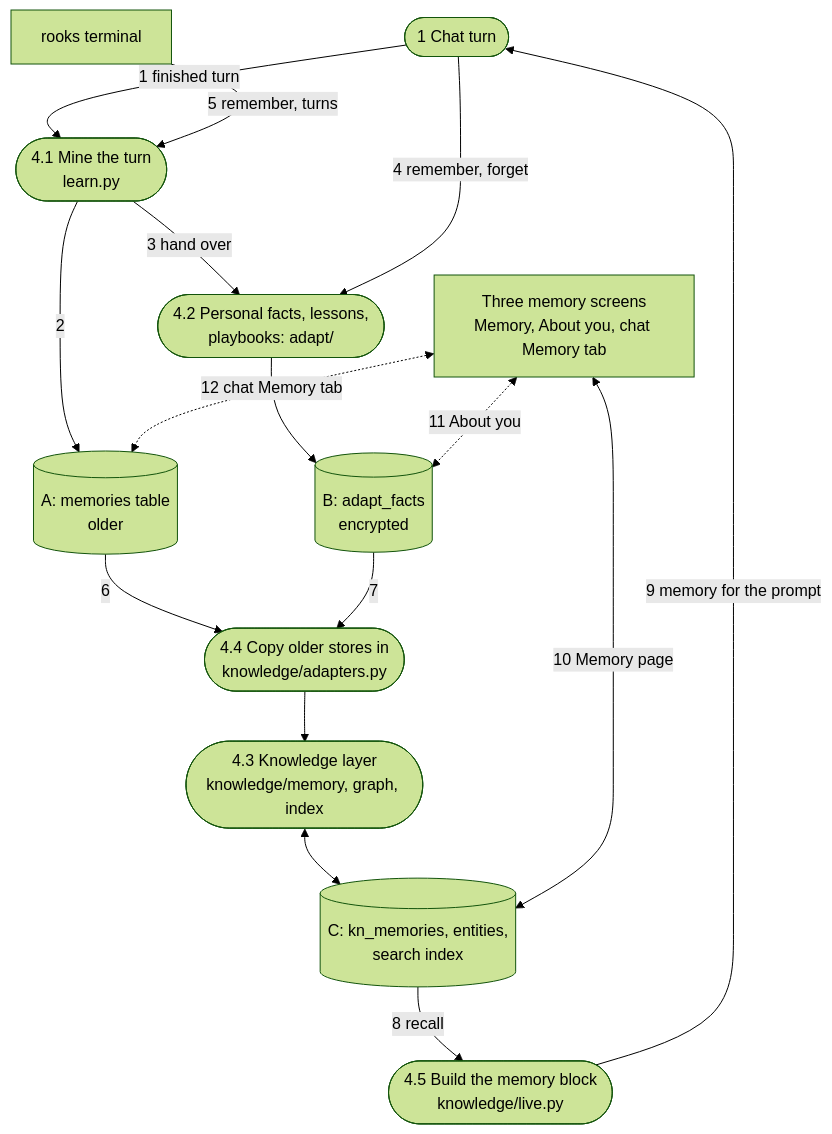
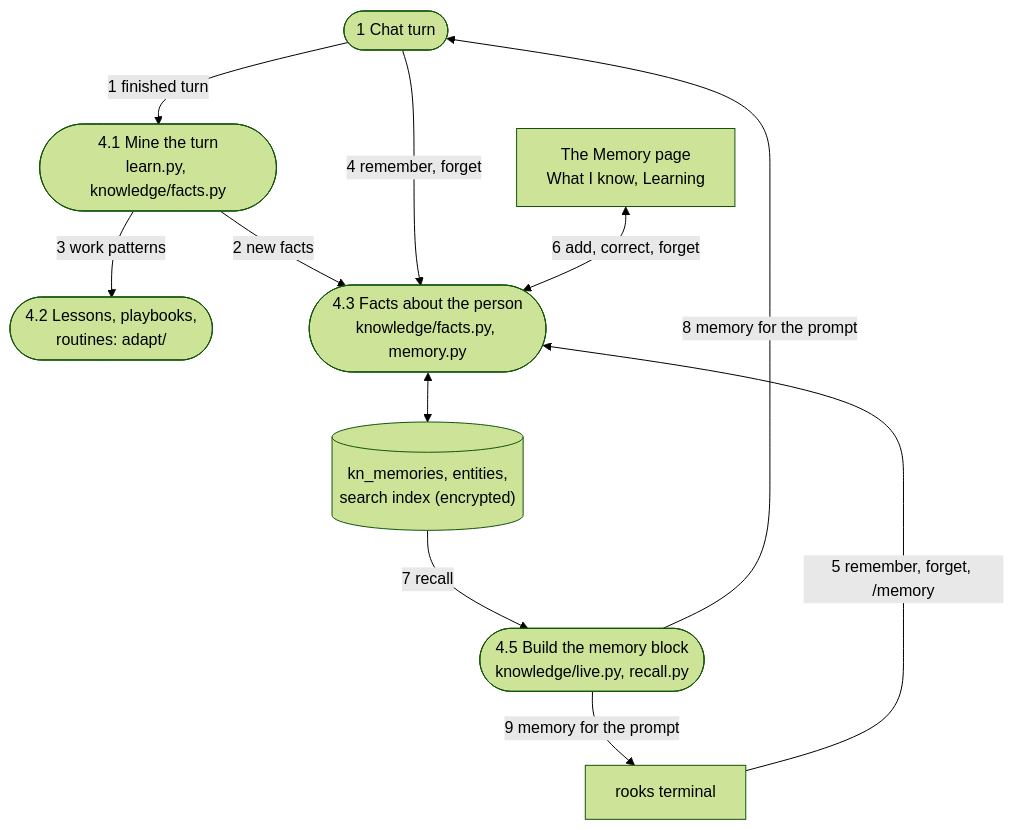
The sixth of 7 diagrams in docs/architecture.md (Inclined88888/rooks), drawn with Mermaid (forest theme) before and after one commit. The commit also changed other lines of this file and 3 other files, not shown here.

First line of the commit message:
CHANGELOG, BACKLOG and the architecture map: one memory store and one Memory page

````diff
--- a/docs/architecture.md
+++ b/docs/architecture.md
@@ -246,29 +247,21 @@
 ```mermaid
 flowchart TB
   turn(["1 Chat turn"])
   term["rooks terminal"]
-  learn(["4.1 Mine the turn<br/>learn.py"])
-  adapt(["4.2 Personal facts, lessons,<br/>playbooks: adapt/"])
-  kn(["4.3 Knowledge layer<br/>knowledge/memory, graph, index"])
-  sync(["4.4 Copy older stores in<br/>knowledge/adapters.py"])
-  live(["4.5 Build the memory block<br/>knowledge/live.py"])
-  m1[("A: memories table<br/>older")]
-  m2[("B: adapt_facts<br/>encrypted")]
-  m3[("C: kn_memories, entities,<br/>search index")]
-  pages["Three memory screens<br/>Memory, About you, chat Memory tab"]
+  learn(["4.1 Mine the turn<br/>learn.py, knowledge/facts.py"])
+  adapt(["4.2 Lessons, playbooks,<br/>routines: adapt/"])
+  facts(["4.3 Facts about the person<br/>knowledge/facts.py, memory.py"])
+  live(["4.5 Build the memory block<br/>knowledge/live.py, recall.py"])
+  m3[("kn_memories, entities,<br/>search index (encrypted)")]
+  page["The Memory page<br/>What I know, Learning"]
   turn -->|"1 finished turn"| learn
-  learn -->|"2"| m1
-  learn -->|"3 hand over"| adapt
-  turn -->|"4 remember, forget"| adapt
-  adapt --> m2
-  term -->|"5 remember, turns"| learn
-  m1 -->|"6"| sync
-  m2 -->|"7"| sync
-  sync --> kn
-  kn <--> m3
-  m3 -->|"8 recall"| live
-  live -->|"9 memory for the prompt"| turn
-  pages <-->|"10 Memory page"| m3
-  pages <-.->|"11 About you"| m2
-  pages <-.->|"12 chat Memory tab"| m1
+  learn -->|"2 new facts"| facts
+  learn -->|"3 work patterns"| adapt
+  turn -->|"4 remember, forget"| facts
+  term -->|"5 remember, forget, /memory"| facts
+  page <-->|"6 add, correct, forget"| facts
+  facts <--> m3
+  m3 -->|"7 recall"| live
+  live -->|"8 memory for the prompt"| turn
+  live -->|"9 memory for the prompt"| term
 ```
````
